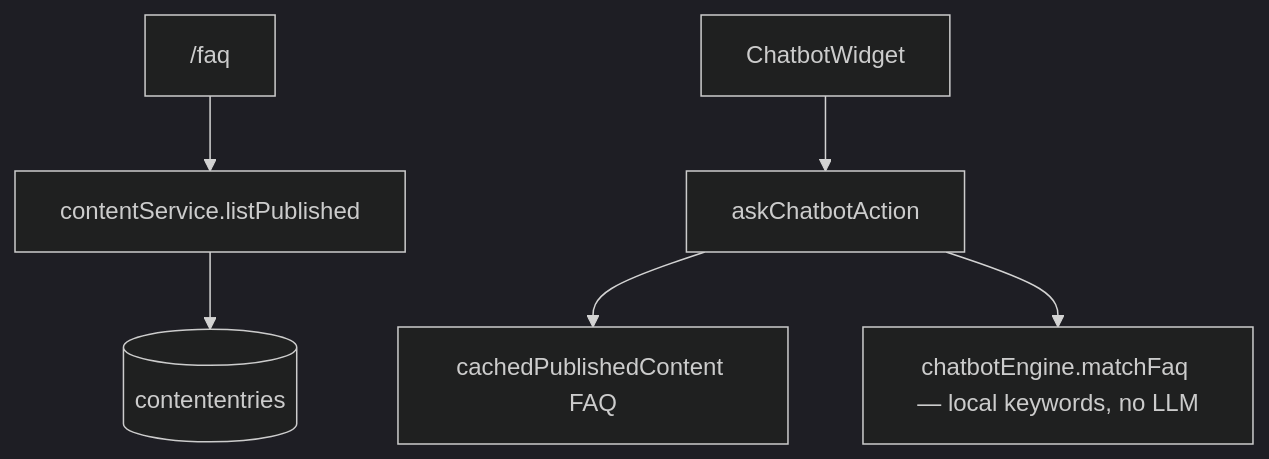
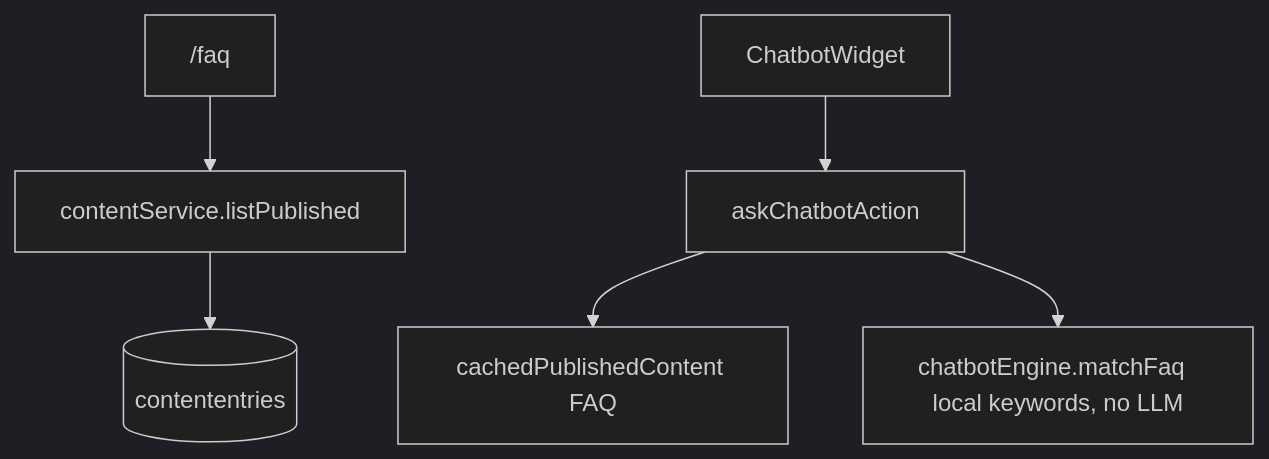
One commit to dimensitylab-developers/upnroll changed diagram 12 of 12 in docs/architecture/SYSTEM_ARCHITECTURE_MAP.md. Above: the diagram before and after it, drawn with Mermaid (dark theme). The commit also changed other lines of this file and 236 other files, not shown here.

````diff
--- a/docs/architecture/SYSTEM_ARCHITECTURE_MAP.md
+++ b/docs/architecture/SYSTEM_ARCHITECTURE_MAP.md
@@ -570,8 +570,8 @@
 ```mermaid
 flowchart TD
   FAQ["/faq"] --> Content["contentService.listPublished"]
   Content --> CE[(contententries)]
   Chat["ChatbotWidget"] --> Ask["askChatbotAction"]
   Ask --> Cache["cachedPublishedContent FAQ"]
-  Ask --> Engine["chatbotEngine.matchFaq — local keywords, no LLM"]
+  Ask --> Engine["chatbotEngine.matchFaq  local keywords, no LLM"]
 ```
````
